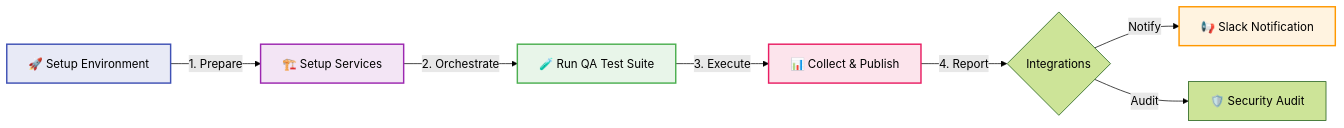
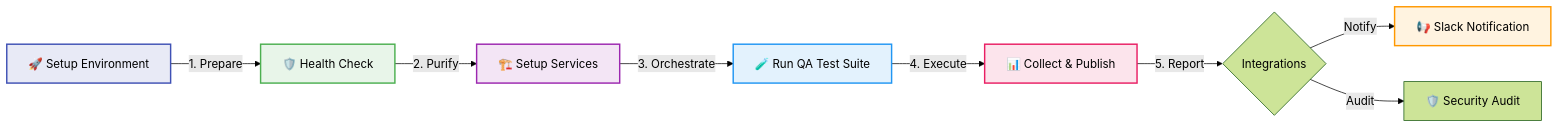
The diagram in README.md (carlos-camara/qa-hub-actions), drawn with Mermaid (forest theme) before and after one commit. The commit also changed other lines of this file and 2 other files, not shown here.

Commit message:
feat: implement environment-health-check action
- Added pre-flight cleanup for orphaned processes
- Integrated SQLite integrity checks
- Added teardown phase for clinical environment cleanup
- Updated diagram and registry in main README

````diff
--- a/README.md
+++ b/README.md
@@ -29,15 +29,17 @@
 ```mermaid
 graph LR
-    A["🚀 Setup Environment"] -- 1. Prepare --> B["🏗️ Setup Services"]
-    B -- 2. Orchestrate --> C["🧪 Run QA Test Suite"]
-    C -- 3. Execute --> D["📊 Collect & Publish"]
-    D -- 4. Report --> E{"Integrations"}
-    E -- Notify --> F["📢 Slack Notification"]
-    E -- Audit --> G["🛡️ Security Audit"]
+    A["🚀 Setup Environment"] -- 1. Prepare --> B["🛡️ Health Check"]
+    B -- 2. Purify --> C["🏗️ Setup Services"]
+    C -- 3. Orchestrate --> D["🧪 Run QA Test Suite"]
+    D -- 4. Execute --> E["📊 Collect & Publish"]
+    E -- 5. Report --> F{"Integrations"}
+    F -- Notify --> G["📢 Slack Notification"]
+    F -- Audit --> H["🛡️ Security Audit"]
     
     style A fill:#e8eaf6,stroke:#3f51b5,stroke-width:2px
-    style B fill:#f3e5f5,stroke:#9c27b0,stroke-width:2px
-    style C fill:#e8f5e9,stroke:#4caf50,stroke-width:2px
-    style D fill:#fce4ec,stroke:#e91e63,stroke-width:2px
-    style F fill:#fff3e0,stroke:#ff9800,stroke-width:2px
+    style B fill:#e8f5e9,stroke:#4caf50,stroke-width:2px
+    style C fill:#f3e5f5,stroke:#9c27b0,stroke-width:2px
+    style D fill:#e3f2fd,stroke:#2196f3,stroke-width:2px
+    style E fill:#fce4ec,stroke:#e91e63,stroke-width:2px
+    style G fill:#fff3e0,stroke:#ff9800,stroke-width:2px
 ```
````
